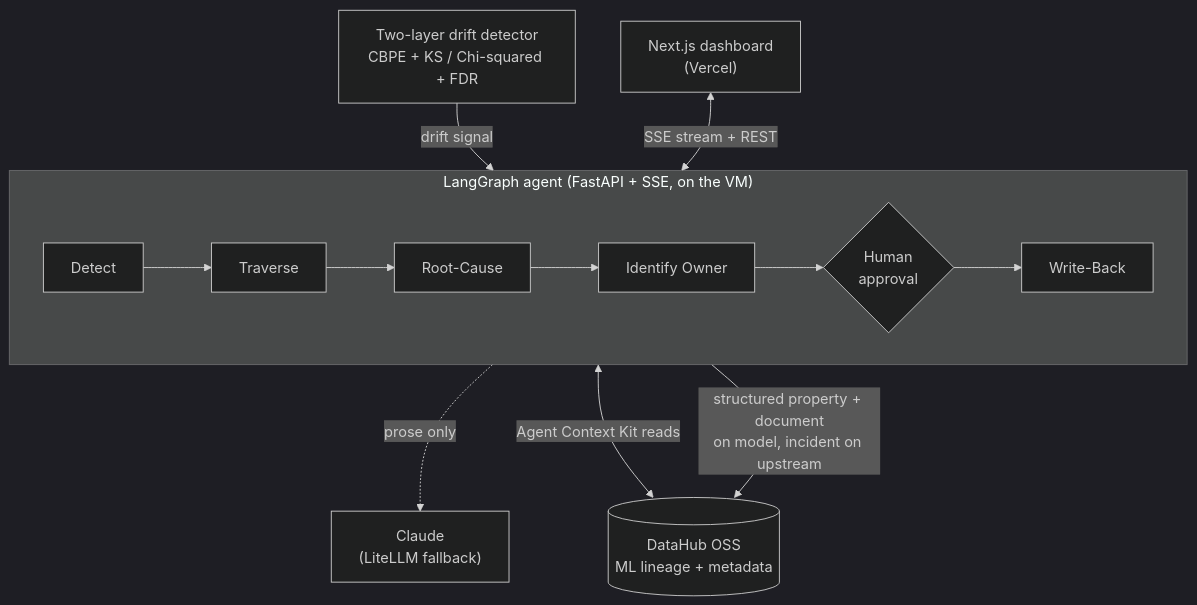
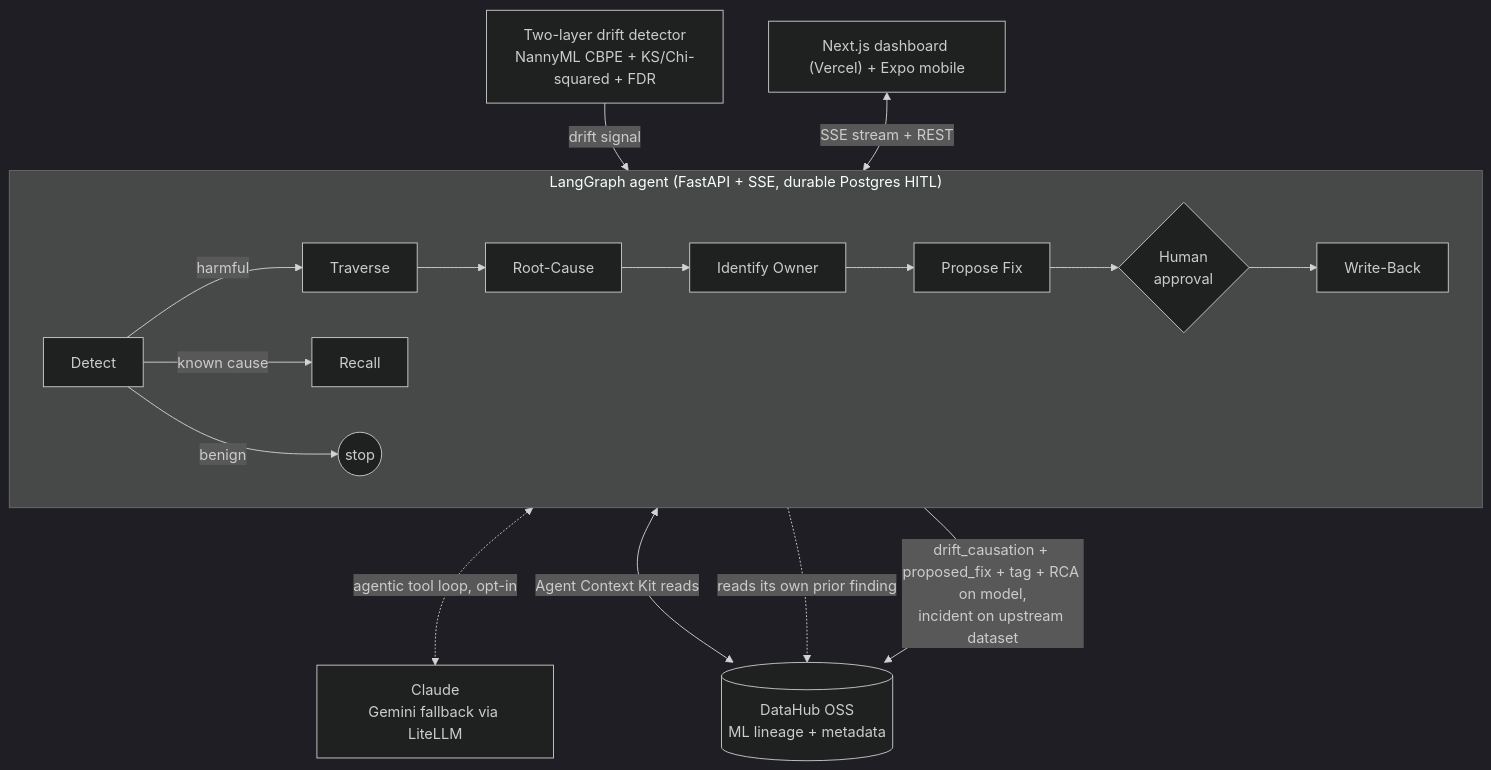
One commit to StephenSook/silent-drift-sentinel changed the diagram in README.md. Above: the diagram before and after it, drawn with Mermaid (dark theme). The commit also changed other lines of this file and 1 other file, not shown here.

````diff
--- a/README.md
+++ b/README.md
@@ -34,14 +81,18 @@
 ```mermaid
 flowchart TB
-  DET["Two-layer drift detector<br/>CBPE + KS / Chi-squared + FDR"] -->|drift signal| D
+  DET["Two-layer drift detector<br/>NannyML CBPE + KS/Chi-squared + FDR"] -->|drift signal| D
 
-  subgraph AGENT["LangGraph agent (FastAPI + SSE, on the VM)"]
+  subgraph AGENT["LangGraph agent (FastAPI + SSE, durable Postgres HITL)"]
     direction LR
-    D[Detect] --> T[Traverse] --> R[Root-Cause] --> O[Identify Owner] --> H{Human<br/>approval} --> W[Write-Back]
+    D[Detect] -->|harmful| T[Traverse]
+    D -->|known cause| RC[Recall]
+    D -->|benign| STOP((stop))
+    T --> R[Root-Cause] --> O[Identify Owner] --> P[Propose Fix] --> H{Human<br/>approval} --> W[Write-Back]
   end
 
-  R -.->|prose only| LLM["Claude<br/>(LiteLLM fallback)"]
+  R <-.->|agentic tool loop, opt-in| LLM["Claude<br/>Gemini fallback via LiteLLM"]
   T <-->|Agent Context Kit reads| DH[("DataHub OSS<br/>ML lineage + metadata")]
-  W -->|structured property + document<br/>on model, incident on upstream| DH
-  DASH["Next.js dashboard<br/>(Vercel)"] <-->|SSE stream + REST| AGENT
+  RC -.->|reads its own prior finding| DH
+  W -->|drift_causation + proposed_fix + tag + RCA on model,<br/>incident on upstream dataset| DH
+  UI["Next.js dashboard (Vercel) + Expo mobile"] <-->|SSE stream + REST| AGENT
 ```
````
